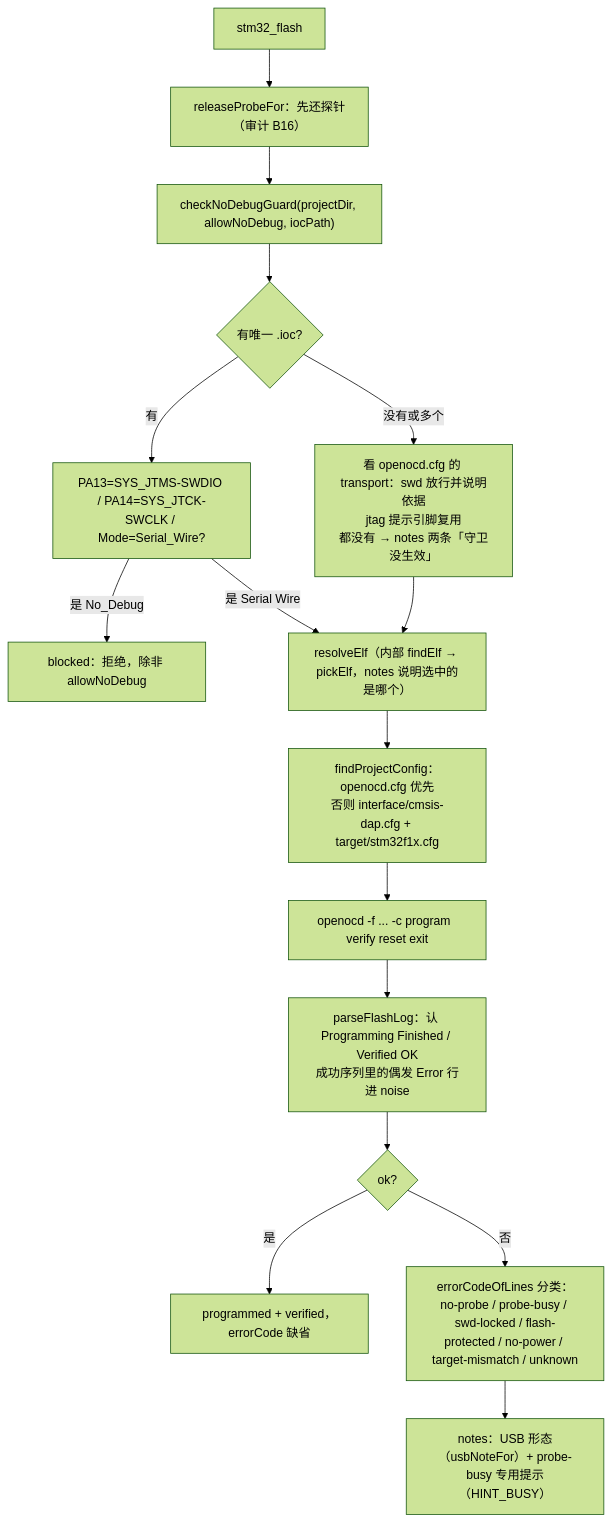
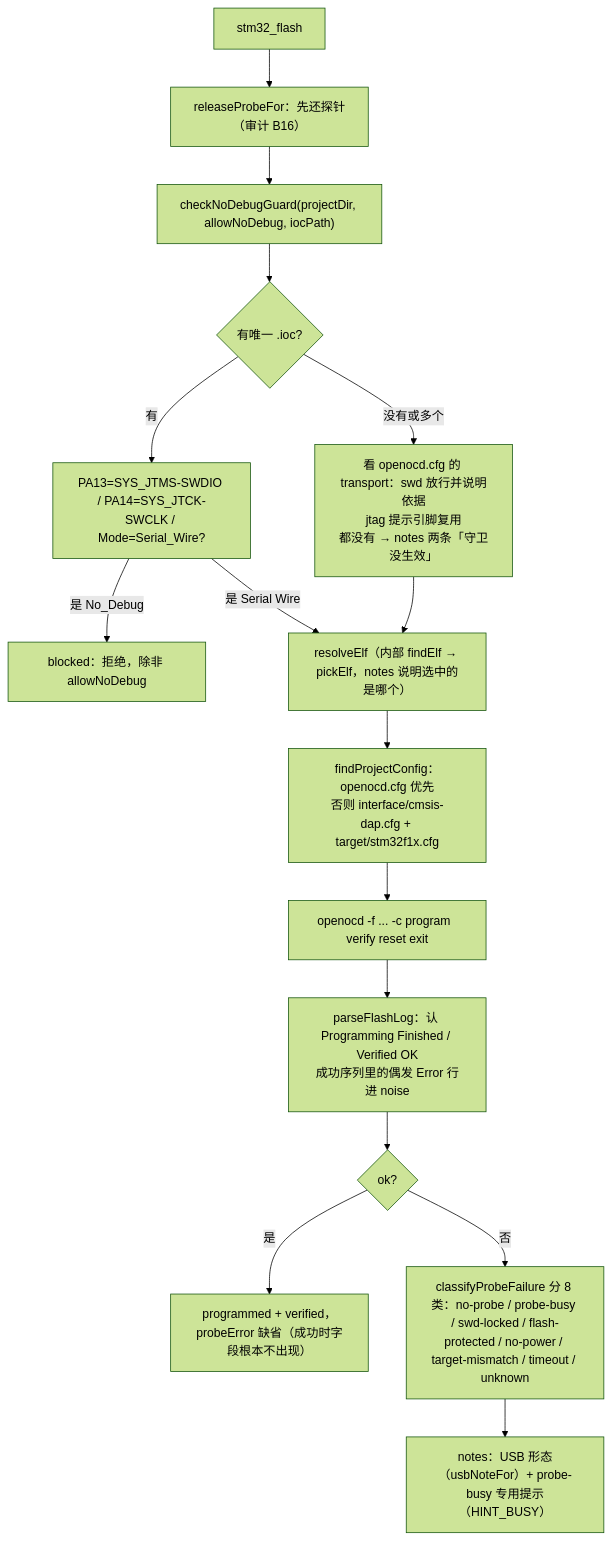
One commit to JingYu-er/dsh-stm32 changed the sixth of 15 diagrams in docs/reading-guide.md. Above: the diagram before and after it, drawn with Mermaid (forest theme). The commit also changed other lines of this file and 33 other files, not shown here.

````diff
--- a/docs/reading-guide.md
+++ b/docs/reading-guide.md
@@ -433,18 +436,18 @@
 ```mermaid
 flowchart TD
   A["stm32_flash"] --> B["releaseProbeFor：先还探针（审计 B16）"]
   B --> C["checkNoDebugGuard(projectDir, allowNoDebug, iocPath)"]
   C --> C1{"有唯一 .ioc?"}
   C1 -->|有| C2["PA13=SYS_JTMS-SWDIO / PA14=SYS_JTCK-SWCLK / Mode=Serial_Wire?"]
   C1 -->|没有或多个| C3["看 openocd.cfg 的 transport：swd 放行并说明依据<br/>jtag 提示引脚复用<br/>都没有 → notes 两条「守卫没生效」"]
   C2 -->|是 No_Debug| BLOCK["blocked：拒绝，除非 allowNoDebug"]
   C2 -->|是 Serial Wire| D["resolveElf（内部 findElf → pickElf，notes 说明选中的是哪个）"]
   C3 --> D
   D --> E["findProjectConfig：openocd.cfg 优先<br/>否则 interface/cmsis-dap.cfg + target/stm32f1x.cfg"]
   E --> F["openocd -f ... -c program <elf> verify reset exit"]
   F --> G["parseFlashLog：认 Programming Finished / Verified OK<br/>成功序列里的偶发 Error 行进 noise"]
   G --> H{"ok?"}
-  H -->|是| OK["programmed + verified，errorCode 缺省"]
-  H -->|否| I["errorCodeOfLines 分类：no-probe / probe-busy / swd-locked / flash-protected / no-power / target-mismatch / unknown"]
+  H -->|是| OK["programmed + verified，probeError 缺省（成功时字段根本不出现）"]
+  H -->|否| I["classifyProbeFailure 分 8 类：no-probe / probe-busy / swd-locked / flash-protected / no-power / target-mismatch / timeout / unknown"]
   I --> J["notes：USB 形态（usbNoteFor）+ probe-busy 专用提示（HINT_BUSY）"]
 ```
````
